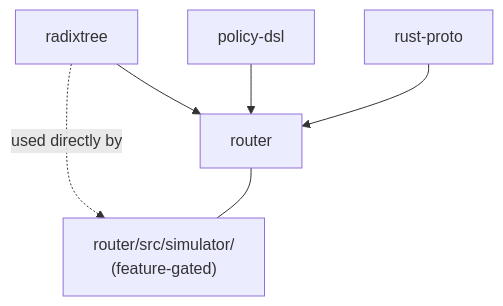
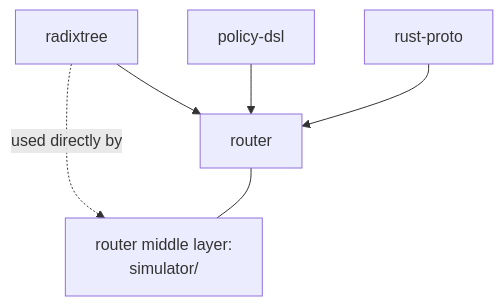
The third of 9 diagrams in docs/architecture.md (blitz-serving/blitz-router), drawn with Mermaid before and after one commit. The commit also changed other lines of this file and 2 other files, not shown here.

````diff
--- a/docs/architecture.md
+++ b/docs/architecture.md
@@ -66,8 +137,8 @@
 ```mermaid
 graph TD
     radixtree --> router
     policy_dsl["policy-dsl"] --> router
     rust_proto["rust-proto"] --> router
-    radixtree -. used directly by .-> sim["router/src/simulator/<br/>(feature-gated)"]
+    radixtree -. used directly by .-> sim["router middle layer:<br/>simulator/"]
     router --- sim
 ```
````
